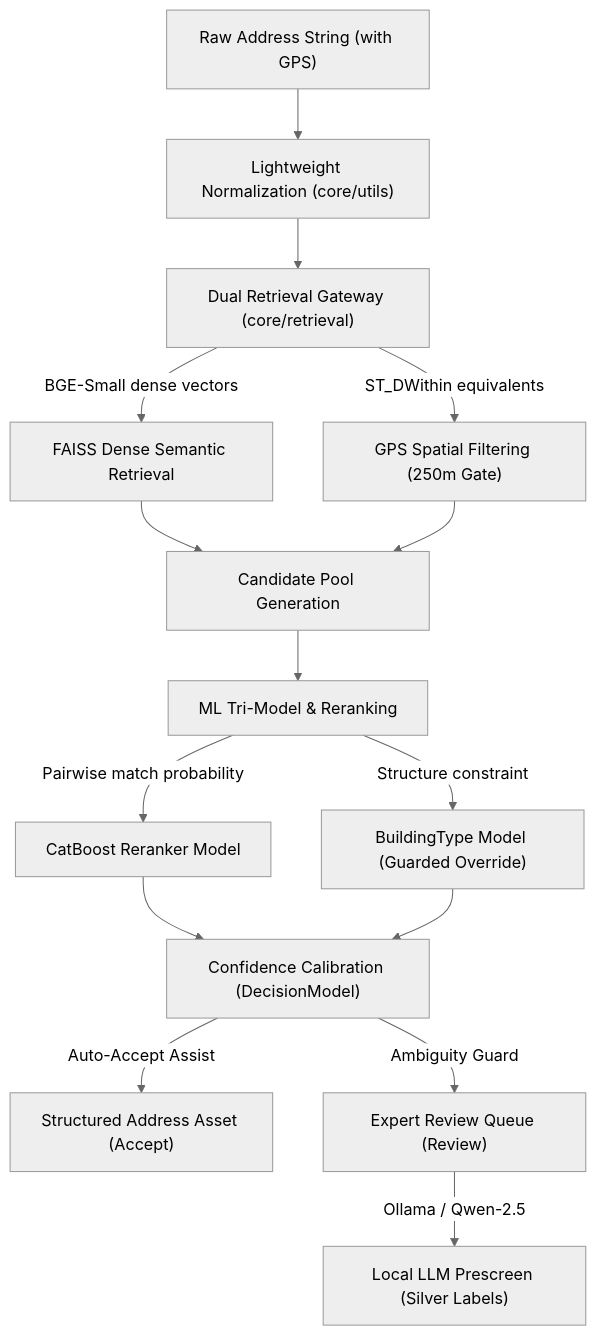
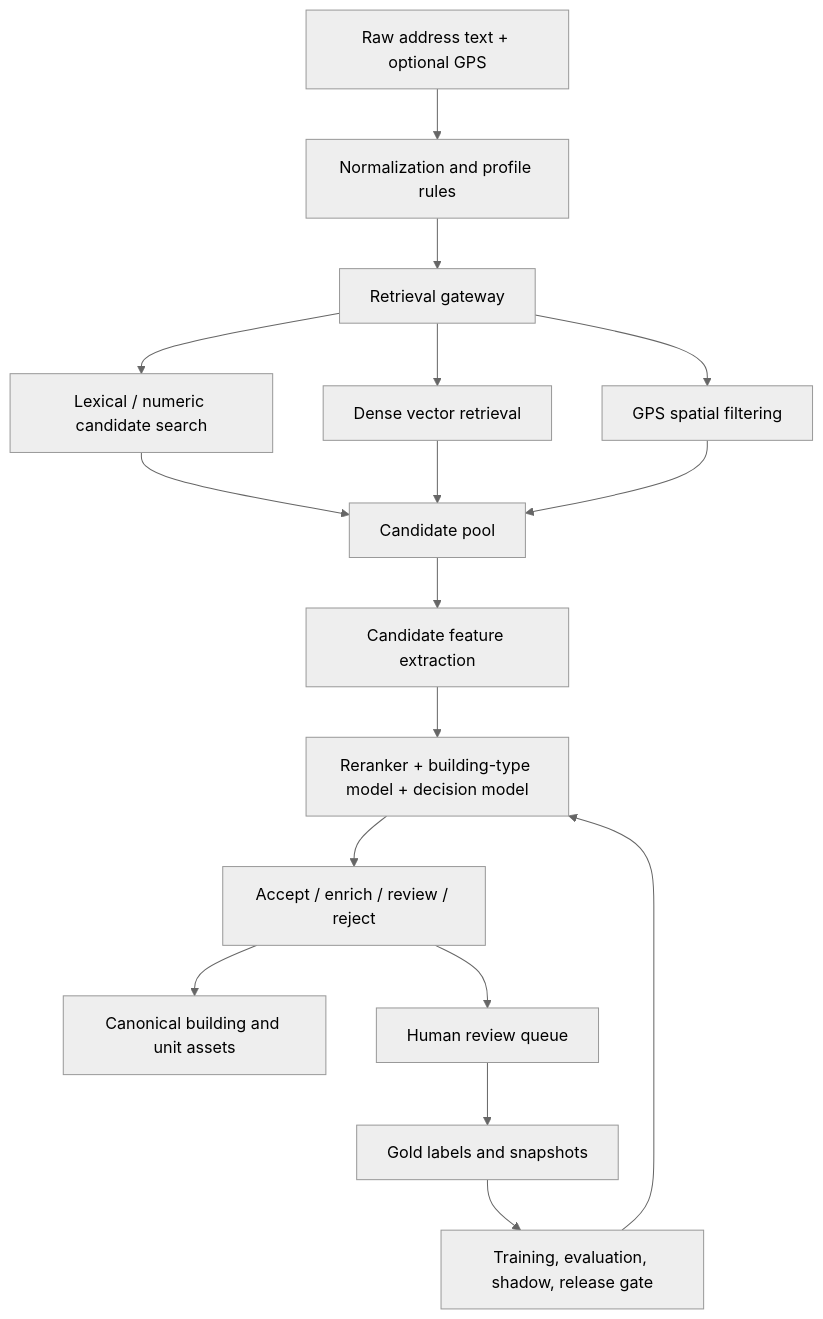
Before and after one commit to white-hf/addressforge: the diagram in README.md, drawn with Mermaid (neutral theme). The commit also changed other lines of this file, not shown here.

Commit message:
docs: clarify AddressForge user value

````diff
--- a/README.md
+++ b/README.md
@@ -9,15 +131,19 @@
 ```mermaid
 graph TD
-    Input["Raw Address String (with GPS)"] --> Norm["Lightweight Normalization (core/utils)"]
-    Norm --> DualRetrieval["Dual Retrieval Gateway (core/retrieval)"]
-    DualRetrieval -->|BGE-Small dense vectors| VectorRet["FAISS Dense Semantic Retrieval"]
-    DualRetrieval -->|ST_DWithin equivalents| GpsFilter["GPS Spatial Filtering (250m Gate)"]
-    VectorRet & GpsFilter --> Merge["Candidate Pool Generation"]
-    Merge --> MLRank["ML Tri-Model & Reranking"]
-    MLRank -->|Pairwise match probability| Reranker["CatBoost Reranker Model"]
-    MLRank -->|Structure constraint| BTModel["BuildingType Model (Guarded Override)"]
-    Reranker & BTModel --> Decision["Confidence Calibration (DecisionModel)"]
-    Decision -->|Auto-Accept Assist| OutputAccept["Structured Address Asset (Accept)"]
-    Decision -->|Ambiguity Guard| OutputReview["Expert Review Queue (Review)"]
-    OutputReview -->|Ollama / Qwen-2.5| LlmRefiner["Local LLM Prescreen (Silver Labels)"]
+    Input["Raw address text + optional GPS"] --> Norm["Normalization and profile rules"]
+    Norm --> Retrieve["Retrieval gateway"]
+    Retrieve --> Lexical["Lexical / numeric candidate search"]
+    Retrieve --> Vector["Dense vector retrieval"]
+    Retrieve --> Spatial["GPS spatial filtering"]
+    Lexical --> Pool["Candidate pool"]
+    Vector --> Pool
+    Spatial --> Pool
+    Pool --> Features["Candidate feature extraction"]
+    Features --> Models["Reranker + building-type model + decision model"]
+    Models --> Decision["Accept / enrich / review / reject"]
+    Decision --> Assets["Canonical building and unit assets"]
+    Decision --> Review["Human review queue"]
+    Review --> Gold["Gold labels and snapshots"]
+    Gold --> Training["Training, evaluation, shadow, release gate"]
+    Training --> Models
 ```
````
